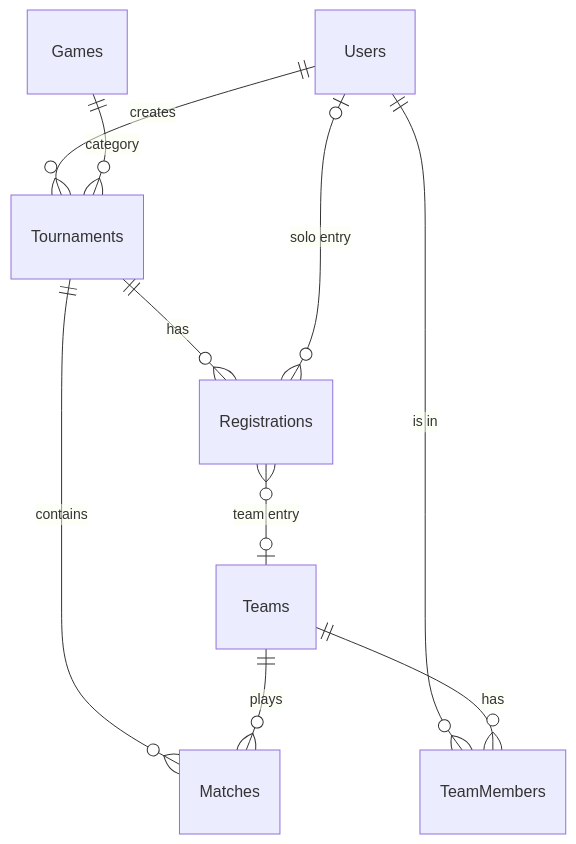
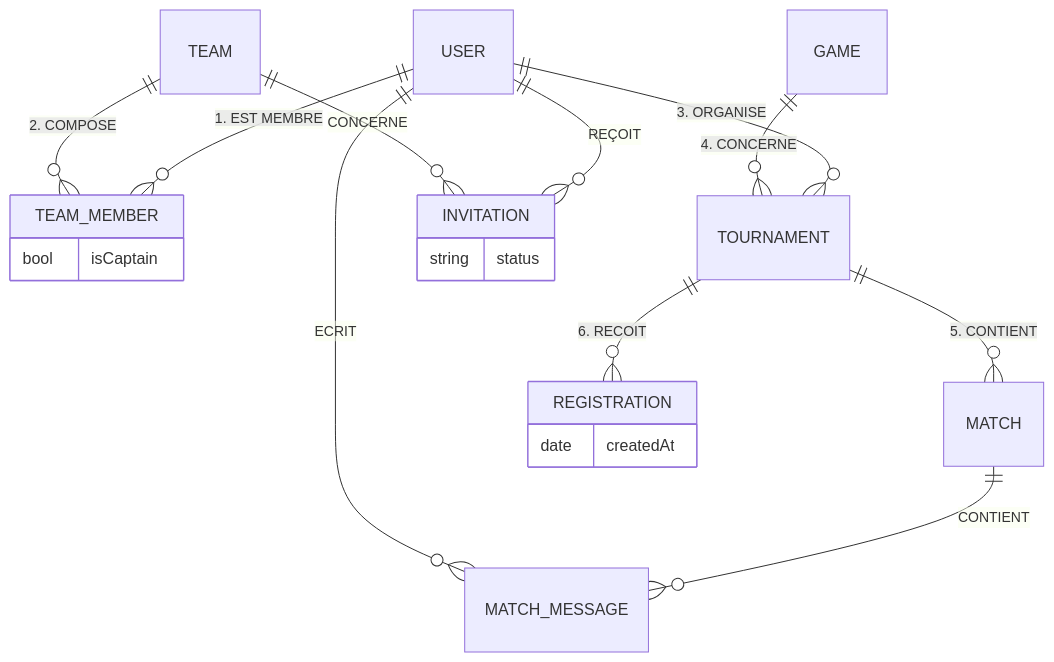
One commit to YaelBusser/braket changed the diagram in documentation/MCD_Architecture.md. Above: the diagram before and after it, drawn with Mermaid. The commit also changed other lines of this file and 5 other files, not shown here.

````diff
--- a/documentation/MCD_Architecture.md
+++ b/documentation/MCD_Architecture.md
@@ -83,16 +43,30 @@
 ```mermaid
 erDiagram
-    Users ||--o{ Tournaments : "creates"
-    Users ||--o{ TeamMembers : "is in"
-    Teams ||--o{ TeamMembers : "has"
+    %% ENTITÉS
+    USER ||--o{ TEAM_MEMBER : "1. EST MEMBRE"
+    TEAM ||--o{ TEAM_MEMBER : "2. COMPOSE"
     
-    Games ||--o{ Tournaments : "category"
+    USER ||--o{ TOURNAMENT : "3. ORGANISE"
+    GAME ||--o{ TOURNAMENT : "4. CONCERNE"
     
-    Tournaments ||--o{ Matches : "contains"
-    Tournaments ||--o{ Registrations : "has"
+    TOURNAMENT ||--o{ MATCH : "5. CONTIENT"
+    TOURNAMENT ||--o{ REGISTRATION : "6. RECOIT"
     
-    Teams ||--o{ Matches : "plays"
+    %% RELATIONS TABLES
+    TEAM_MEMBER {
+        bool isCaptain
+    }
+    REGISTRATION {
+        date createdAt
+    }
+    INVITATION {
+        string status
+    }
     
-    Registrations }o--o| Users : "solo entry"
-    Registrations }o--o| Teams : "team entry"
+    %% LIENS COMPLEXES
+    USER ||--o{ INVITATION : "REÇOIT"
+    TEAM ||--o{ INVITATION : "CONCERNE"
+    
+    MATCH ||--o{ MATCH_MESSAGE : "CONTIENT"
+    USER ||--o{ MATCH_MESSAGE : "ECRIT"
 ```
````
